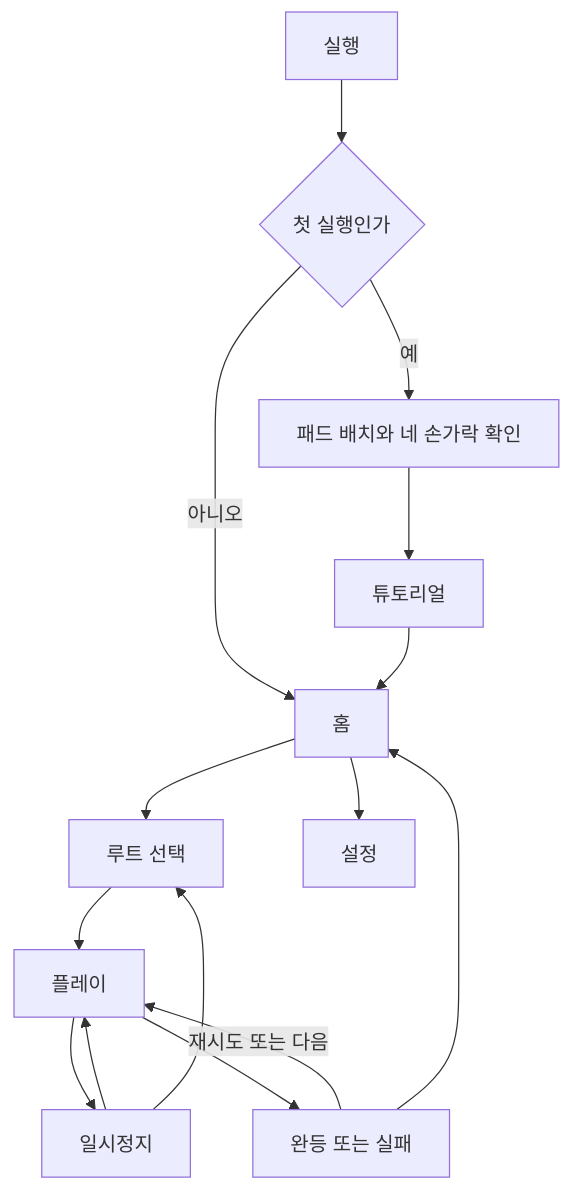
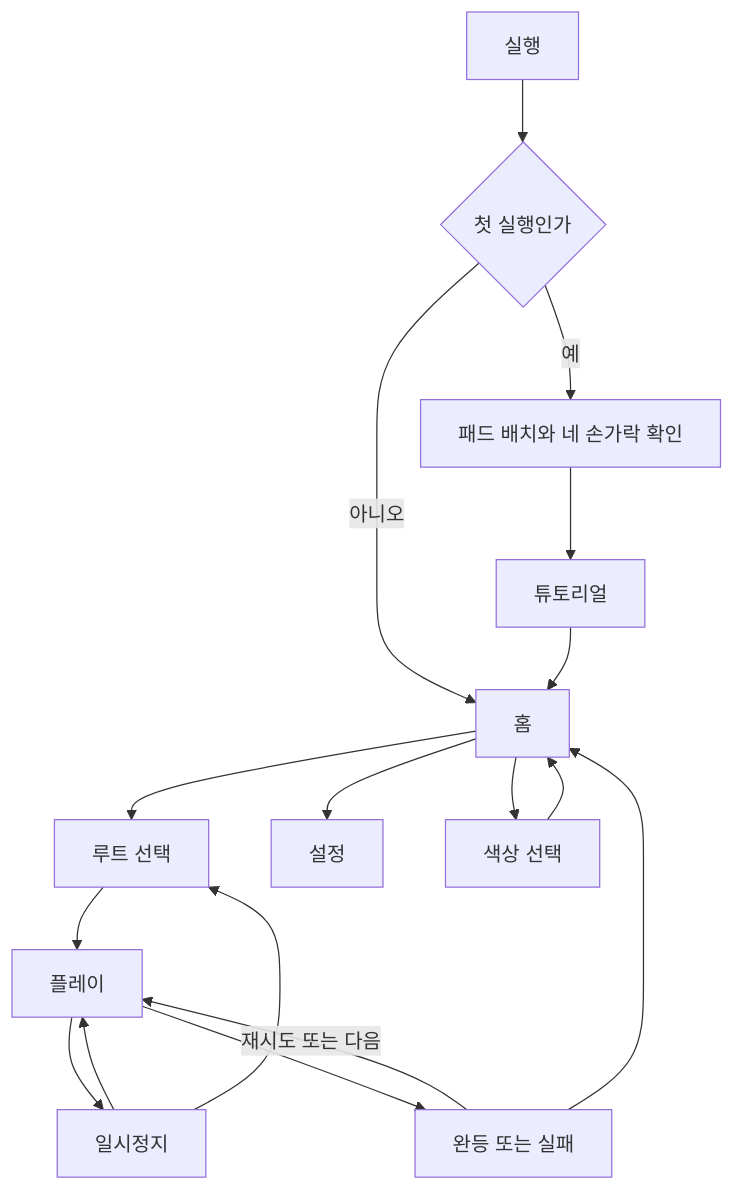
One commit to ysc1230/climb_game changed the diagram in docs/05_screens_and_ux.md. Above: the diagram before and after it, drawn with Mermaid. The commit also changed other lines of this file and 17 other files, not shown here.

````diff
--- a/docs/05_screens_and_ux.md
+++ b/docs/05_screens_and_ux.md
@@ -5,17 +7,19 @@
 ```mermaid
 flowchart TD
     Boot[실행] --> First{첫 실행인가}
     First -->|예| Fit[패드 배치와 네 손가락 확인]
     First -->|아니오| Home[홈]
     Fit --> Tutorial[튜토리얼]
     Tutorial --> Home
     Home --> Routes[루트 선택]
     Home --> Settings[설정]
+    Home --> Appearance[색상 선택]
+    Appearance --> Home
     Routes --> Play[플레이]
     Play --> Pause[일시정지]
     Pause --> Play
     Pause --> Routes
     Play --> Result[완등 또는 실패]
     Result -->|재시도 또는 다음| Play
     Result --> Home
 ```
````
